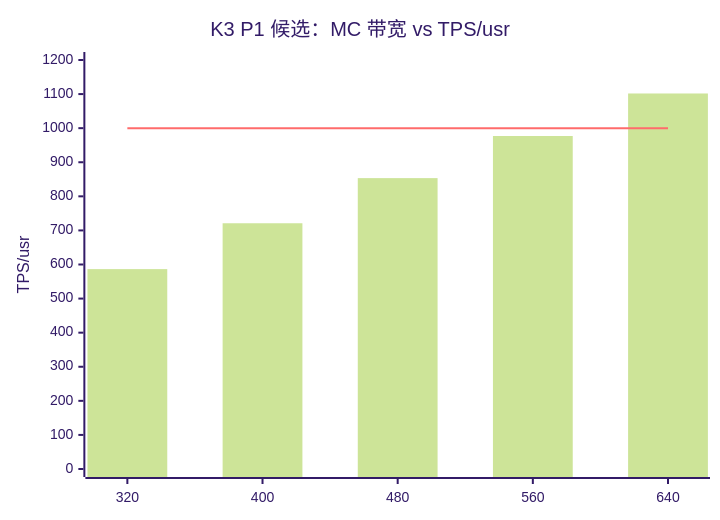
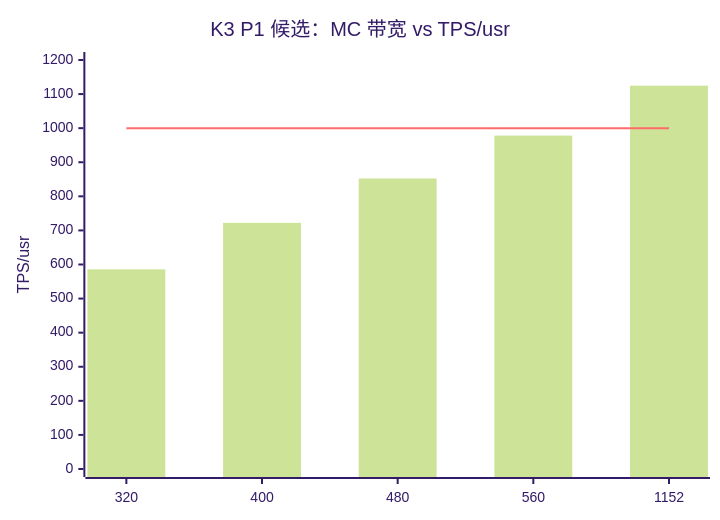
The fourth of 6 diagrams in teams/hardware/docs/04_MEMORY_SUBSYSTEM_MC.md (xqdan/xihu), drawn with Mermaid (forest theme) before and after one commit. The commit also changed other lines of this file and 36 other files, not shown here.

````diff
--- a/teams/hardware/docs/04_MEMORY_SUBSYSTEM_MC.md
+++ b/teams/hardware/docs/04_MEMORY_SUBSYSTEM_MC.md
@@ -133,8 +133,8 @@
 ```mermaid
 xychart-beta
   title "K3 P1 候选：MC 带宽 vs TPS/usr"
-  x-axis ["320", "400", "480", "560", "640"]
+  x-axis ["320", "400", "480", "560", "1152"]
   y-axis "TPS/usr" 0 --> 1200
-  bar [586.46, 721.01, 853.44, 977.00, 1101.77]
+  bar [585.93, 722.17, 852.32, 978.18, 1124.70]
   line [1000, 1000, 1000, 1000, 1000]
 ```
````
